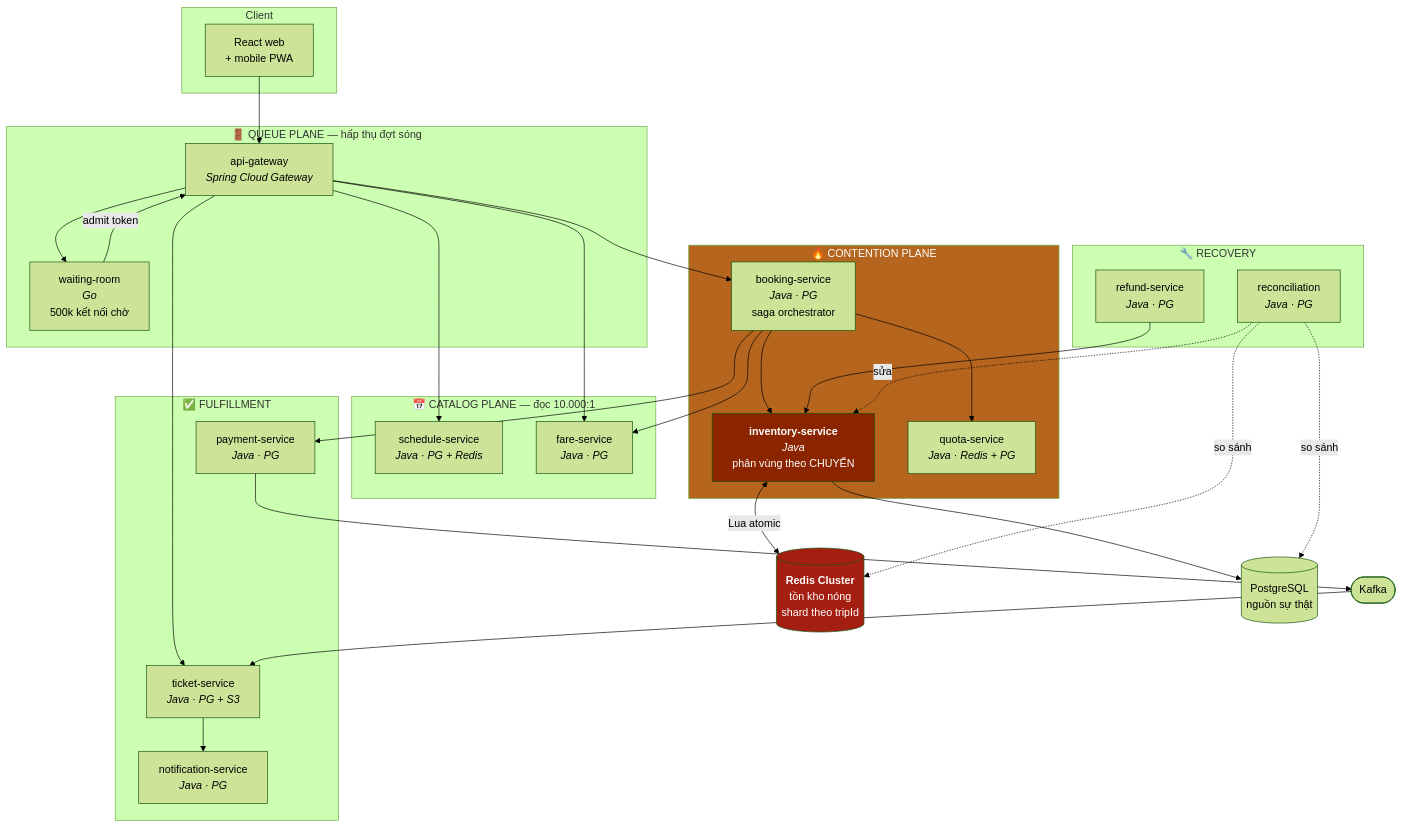
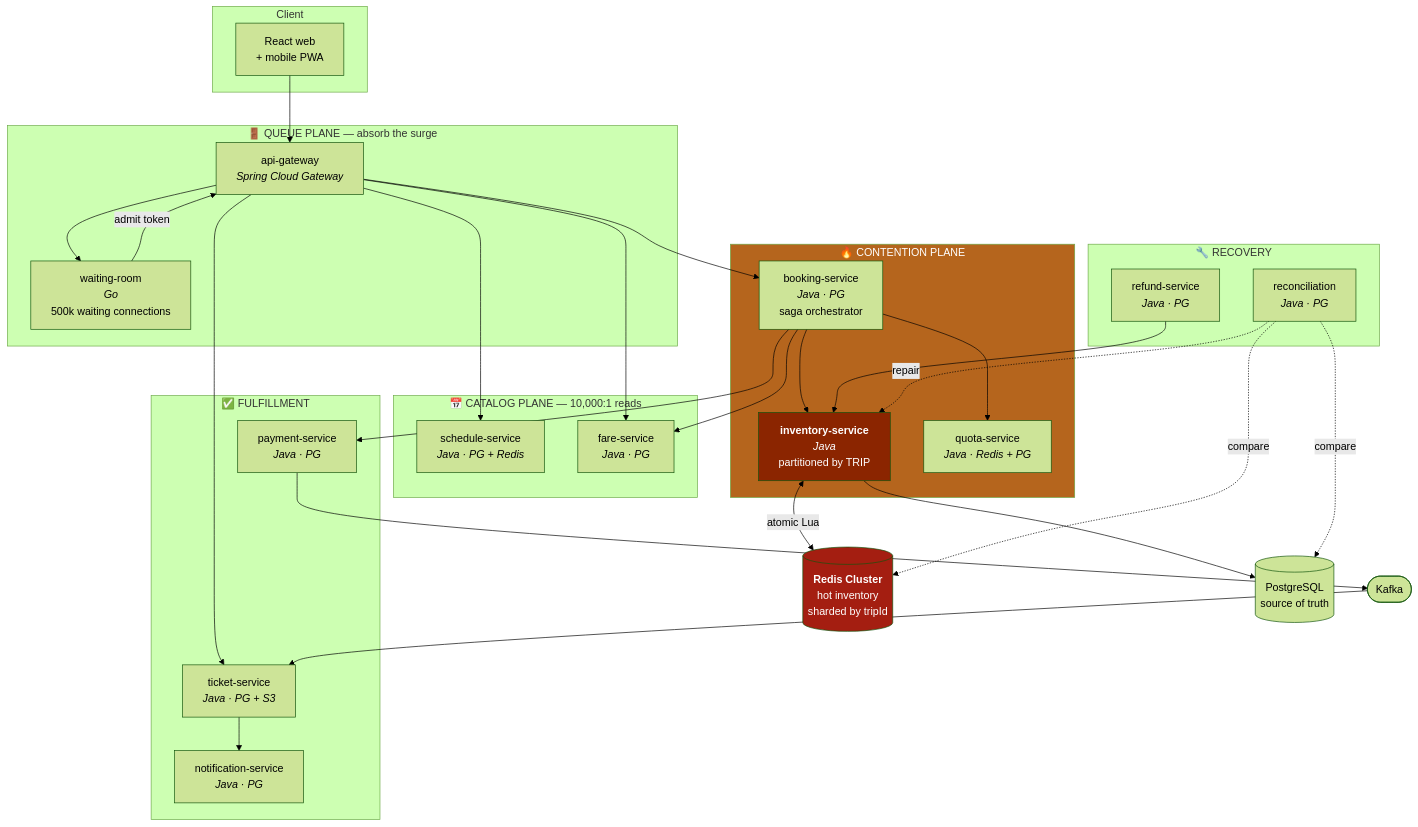
Before and after one commit to AndreNguyen03/rail-ticketing-v1: the second of 2 diagrams in docs/02-architecture.md, drawn with Mermaid (forest theme). The commit also changed other lines of this file and 5 other files, not shown here.

````diff
--- a/docs/02-architecture.md
+++ b/docs/02-architecture.md
@@ -46,58 +46,58 @@
 ```mermaid
 graph TB
     subgraph CLIENT["Client"]
         WEB["React web<br/>+ mobile PWA"]
     end
 
-    subgraph QUEUE["🚪 QUEUE PLANE — hấp thụ đợt sóng"]
+    subgraph QUEUE["🚪 QUEUE PLANE — absorb the surge"]
         GW["api-gateway<br/><i>Spring Cloud Gateway</i>"]
-        WR["waiting-room<br/><i>Go</i><br/>500k kết nối chờ"]
+        WR["waiting-room<br/><i>Go</i><br/>500k waiting connections"]
     end
 
-    subgraph CATALOG["📅 CATALOG PLANE — đọc 10.000:1"]
+    subgraph CATALOG["📅 CATALOG PLANE — 10,000:1 reads"]
         SCH["schedule-service<br/><i>Java · PG + Redis</i>"]
         FAR["fare-service<br/><i>Java · PG</i>"]
     end
 
     subgraph CONT["🔥 CONTENTION PLANE"]
-        INV["<b>inventory-service</b><br/><i>Java</i><br/>phân vùng theo CHUYẾN"]
+        INV["<b>inventory-service</b><br/><i>Java</i><br/>partitioned by TRIP"]
         BKG["booking-service<br/><i>Java · PG</i><br/>saga orchestrator"]
         QTA["quota-service<br/><i>Java · Redis + PG</i>"]
     end
 
     subgraph FUL["✅ FULFILLMENT"]
         PAY["payment-service<br/><i>Java · PG</i>"]
         TKT["ticket-service<br/><i>Java · PG + S3</i>"]
         NOT["notification-service<br/><i>Java · PG</i>"]
     end
 
     subgraph REC["🔧 RECOVERY"]
         REF["refund-service<br/><i>Java · PG</i>"]
         RCN["reconciliation<br/><i>Java · PG</i>"]
     end
 
-    RDS[("<b>Redis Cluster</b><br/>tồn kho nóng<br/>shard theo tripId")]
-    PG[("PostgreSQL<br/>nguồn sự thật")]
+    RDS[("<b>Redis Cluster</b><br/>hot inventory<br/>sharded by tripId")]
+    PG[("PostgreSQL<br/>source of truth")]
     KFK(["Kafka"])
 
     WEB --> GW
     GW --> WR
     WR -->|admit token| GW
     GW --> SCH & FAR & BKG & TKT
     BKG --> INV
     BKG --> QTA
     BKG --> FAR
     BKG --> PAY
-    INV <-->|Lua atomic| RDS
+    INV <-->|atomic Lua| RDS
     INV --> PG
     PAY --> KFK
     KFK --> TKT --> NOT
     REF --> INV
-    RCN -.->|so sánh| RDS
-    RCN -.->|so sánh| PG
-    RCN -.->|sửa| INV
+    RCN -.->|compare| RDS
+    RCN -.->|compare| PG
+    RCN -.->|repair| INV
 
     style CONT fill:#b5651d,color:#fff
     style INV fill:#8b2500,color:#fff
     style RDS fill:#a41e11,color:#fff
 ```
````
